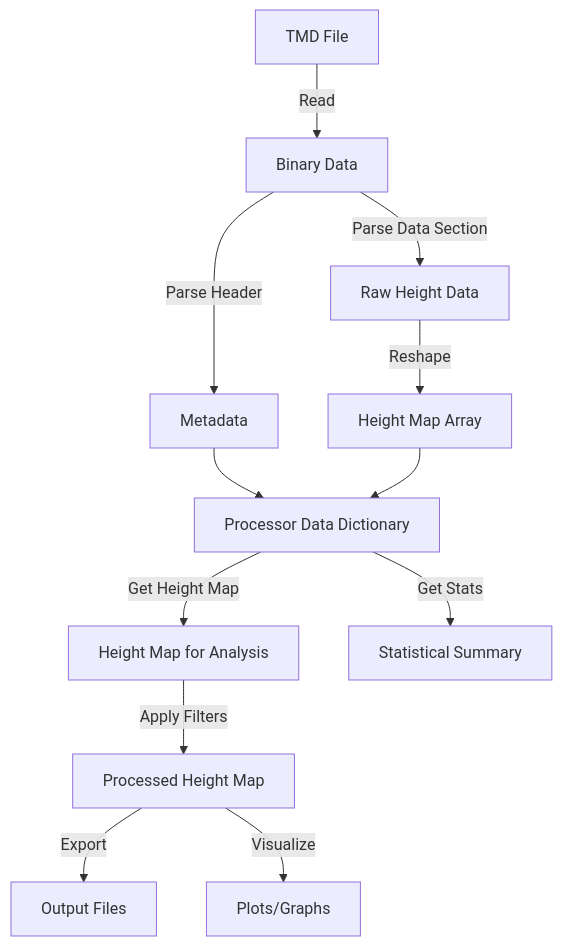
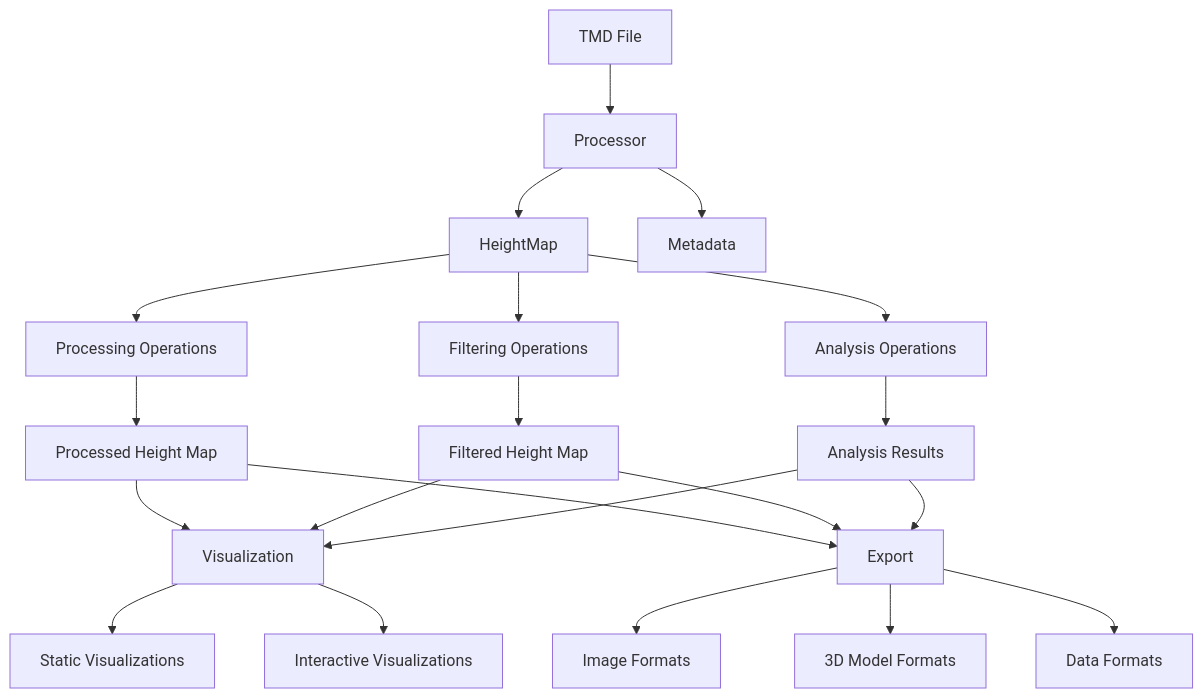
One commit to ETSim/TrueMapData changed the first of 3 diagrams in docs/architecture/data-flow.md. Above: the diagram before and after it, drawn with Mermaid. The commit also changed other lines of this file and 5 other files, not shown here.

````diff
--- a/docs/architecture/data-flow.md
+++ b/docs/architecture/data-flow.md
@@ -9,14 +9,29 @@
 ```mermaid
 flowchart TD
-    A[TMD File] -->|Read| B[Binary Data]
-    B -->|Parse Header| C[Metadata]
-    B -->|Parse Data Section| D[Raw Height Data]
-    D -->|Reshape| E[Height Map Array]
-    C --> F[Processor Data Dictionary]
-    E --> F
-    F -->|Get Height Map| G[Height Map for Analysis]
-    F -->|Get Stats| H[Statistical Summary]
-    G -->|Apply Filters| I[Processed Height Map]
-    I -->|Export| J[Output Files]
-    I -->|Visualize| K[Plots/Graphs]
+    TMDFile[TMD File] --> Processor
+    Processor --> HeightMap
+    Processor --> Metadata
+    
+    HeightMap --> Processing[Processing Operations]
+    HeightMap --> Filtering[Filtering Operations]
+    HeightMap --> Analysis[Analysis Operations]
+    
+    Processing --> ProcessedMap[Processed Height Map]
+    Filtering --> FilteredMap[Filtered Height Map]
+    Analysis --> AnalysisResults[Analysis Results]
+    
+    ProcessedMap --> Visualization
+    FilteredMap --> Visualization
+    AnalysisResults --> Visualization
+    
+    ProcessedMap --> Export
+    FilteredMap --> Export
+    AnalysisResults --> Export
+    
+    Export --> ImageFormats[Image Formats]
+    Export --> ModelFormats[3D Model Formats]
+    Export --> DataFormats[Data Formats]
+    
+    Visualization --> StaticViz[Static Visualizations]
+    Visualization --> InteractiveViz[Interactive Visualizations]
 ```
````
